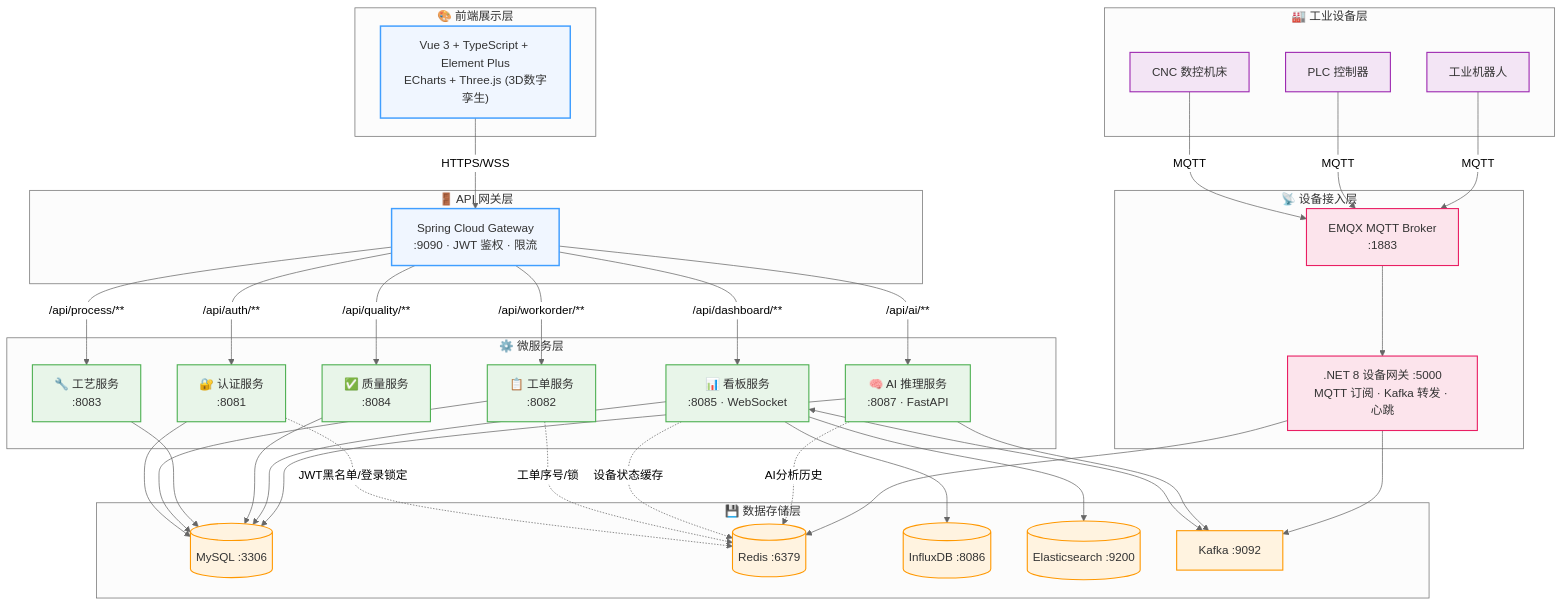
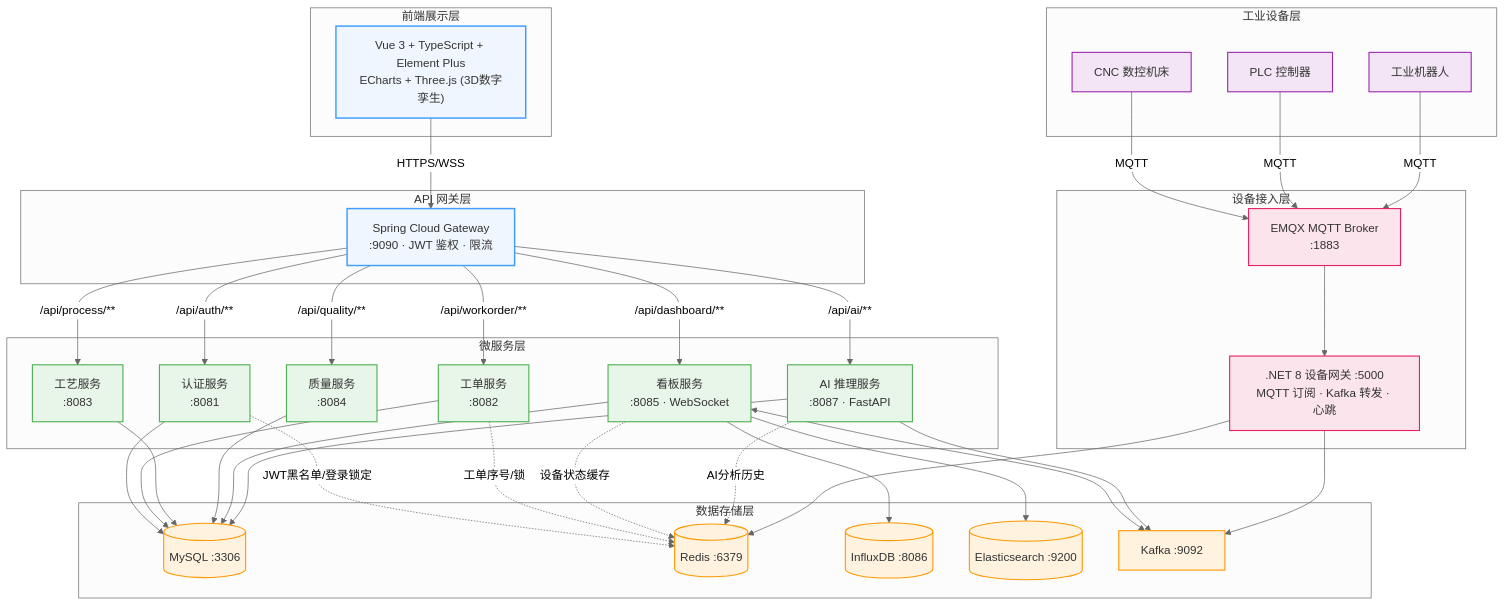
Before and after one commit to xianshi3/Smart-Factory-MES-System: the diagram in README.md, drawn with Mermaid (neutral theme). The commit also changed other lines of this file, not shown here.

````diff
--- a/README.md
+++ b/README.md
@@ -91,81 +93,81 @@
 ```mermaid
 flowchart TB
-    subgraph UI["🎨 前端展示层"]
+    subgraph UI["前端展示层"]
         FE["Vue 3 + TypeScript + Element Plus<br/>ECharts + Three.js (3D数字孪生)"]
     end
 
-    subgraph GW["🚪 API 网关层"]
+    subgraph GW["API 网关层"]
         G["Spring Cloud Gateway<br/>:9090 · JWT 鉴权 · 限流"]
     end
 
-    subgraph MS["⚙️ 微服务层"]
-        A["🔐 认证服务<br/>:8081"]
-        W["📋 工单服务<br/>:8082"]
-        P["🔧 工艺服务<br/>:8083"]
-        Q["✅ 质量服务<br/>:8084"]
-        D["📊 看板服务<br/>:8085 · WebSocket"]
-        AI["🧠 AI 推理服务<br/>:8087 · FastAPI"]
+    subgraph MS["微服务层"]
+        A["认证服务<br/>:8081"]
+        W["工单服务<br/>:8082"]
+        P["工艺服务<br/>:8083"]
+        Q["质量服务<br/>:8084"]
+        D["看板服务<br/>:8085 · WebSocket"]
+        AI["AI 推理服务<br/>:8087 · FastAPI"]
     end
 
-    subgraph DS["💾 数据存储层"]
+    subgraph DS["数据存储层"]
         DB[("MySQL :3306")]
         RD[("Redis :6379")]
         IDB[("InfluxDB :8086")]
         ES[("Elasticsearch :9200")]
         KF["Kafka :9092"]
     end
 
-    subgraph EDGE["📡 设备接入层"]
+    subgraph EDGE["设备接入层"]
         NET[" .NET 8 设备网关 :5000<br/>MQTT 订阅 · Kafka 转发 · 心跳"]
         MQTT["EMQX MQTT Broker<br/>:1883"]
     end
 
-    subgraph DEV["🏭 工业设备层"]
+    subgraph DEV["工业设备层"]
         DEV1["CNC 数控机床"]
         DEV2["PLC 控制器"]
         DEV3["工业机器人"]
     end
 
     FE -->|HTTPS/WSS| G
     G -->|/api/auth/**| A
     G -->|/api/workorder/**| W
     G -->|/api/process/**| P
     G -->|/api/quality/**| Q
     G -->|/api/dashboard/**| D
     G -->|/api/ai/**| AI
 
     A --> DB
     W --> DB
     P --> DB
     Q --> DB
     D --> DB
     AI --> DB
 
     A -.JWT黑名单/登录锁定.-> RD
     W -.工单序号/锁.-> RD
     D -.设备状态缓存.-> RD
     D --> IDB
     D --> ES
     D <--> KF
 
     AI -.AI分析历史.-> RD
     AI --> KF
 
     NET --> KF
     NET --> RD
     MQTT --> NET
     DEV1 -->|MQTT| MQTT
     DEV2 -->|MQTT| MQTT
     DEV3 -->|MQTT| MQTT
 
     classDef layer fill:#f0f6ff,stroke:#409eff,stroke-width:2px,color:#333;
     classDef svc fill:#e8f5e9,stroke:#4caf50,stroke-width:1.5px,color:#333;
     classDef data fill:#fff3e0,stroke:#ff9800,stroke-width:1.5px,color:#333;
     classDef edge fill:#fce4ec,stroke:#e91e63,stroke-width:1.5px,color:#333;
     classDef dev fill:#f3e5f5,stroke:#9c27b0,stroke-width:1.5px,color:#333;
     class FE,G layer;
     class A,W,P,Q,D,AI svc;
     class DB,RD,IDB,ES,KF data;
     class NET,MQTT edge;
     class DEV1,DEV2,DEV3 dev;
 ```
````
